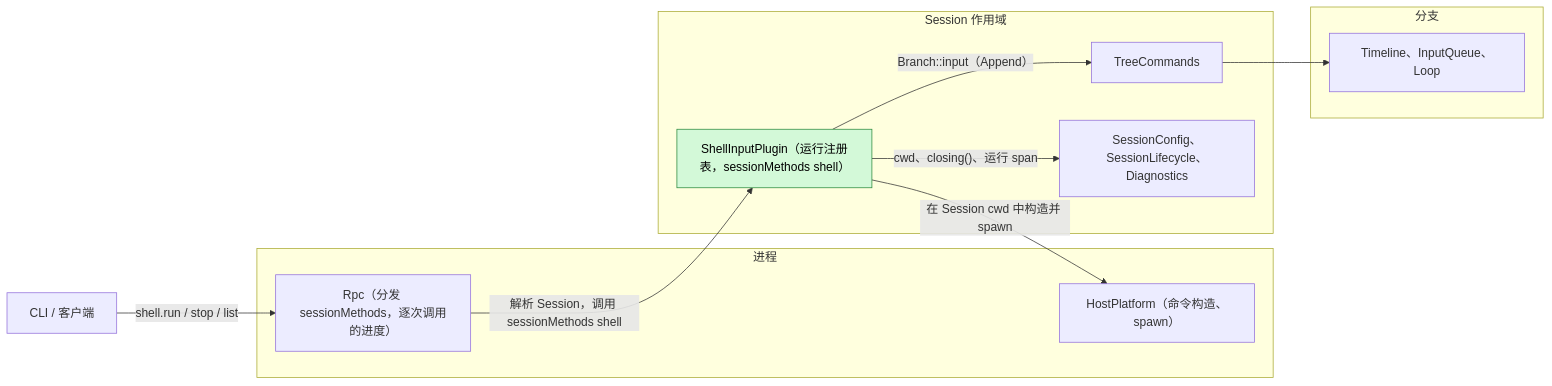
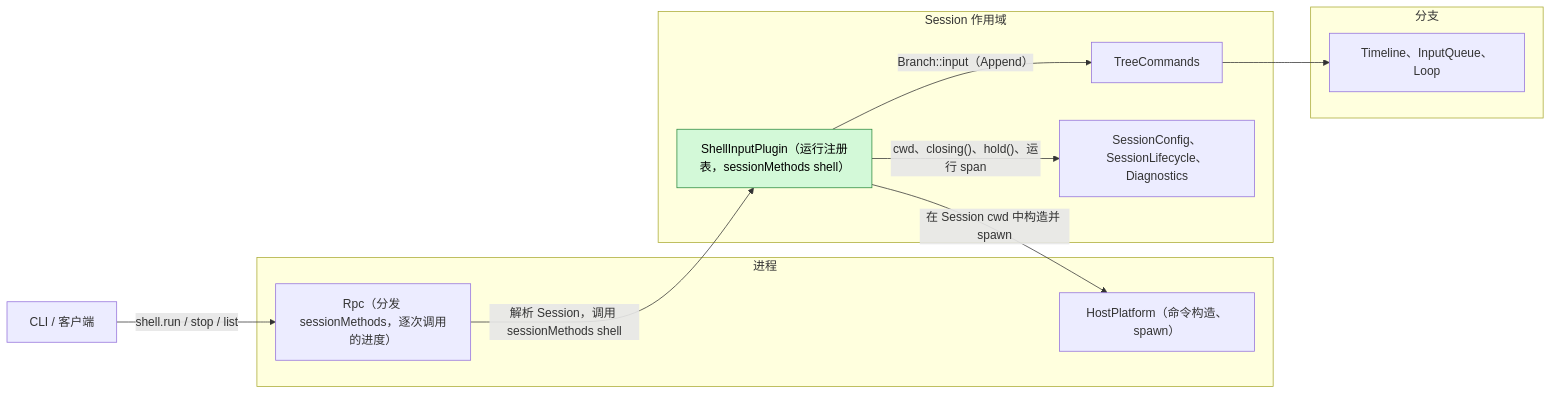
The first of 3 diagrams in docs/zh/design/plugins/ShellInput.md (CoutinhoTTS/dim-agent), drawn with Mermaid before and after one commit. The commit also changed other lines of this file and 7 other files, not shown here.

````diff
--- a/docs/zh/design/plugins/ShellInput.md
+++ b/docs/zh/design/plugins/ShellInput.md
@@ -9,23 +9,23 @@
 ```mermaid
 flowchart LR
   CLI["CLI / 客户端"]
   subgraph P["进程"]
     RPC["Rpc（分发 sessionMethods，逐次调用的进度）"]
     HP["HostPlatform（命令构造、spawn）"]
   end
   subgraph S["Session 作用域"]
     SI["ShellInputPlugin（运行注册表，sessionMethods shell）"]:::new
     TC["TreeCommands"]
     SS["SessionConfig、SessionLifecycle、Diagnostics"]
   end
   subgraph B["分支"]
     IQ["Timeline、InputQueue、Loop"]
   end
   CLI -- "shell.run / stop / list" --> RPC
   RPC -- "解析 Session，调用 sessionMethods shell" --> SI
   SI -- "在 Session cwd 中构造并 spawn" --> HP
   SI -- "Branch::input（Append）" --> TC
   TC --> IQ
-  SI -- "cwd、closing()、运行 span" --> SS
+  SI -- "cwd、closing()、hold()、运行 span" --> SS
   classDef new fill:#d3f9d8,stroke:#2b8a3e,color:#000
 ```
````
